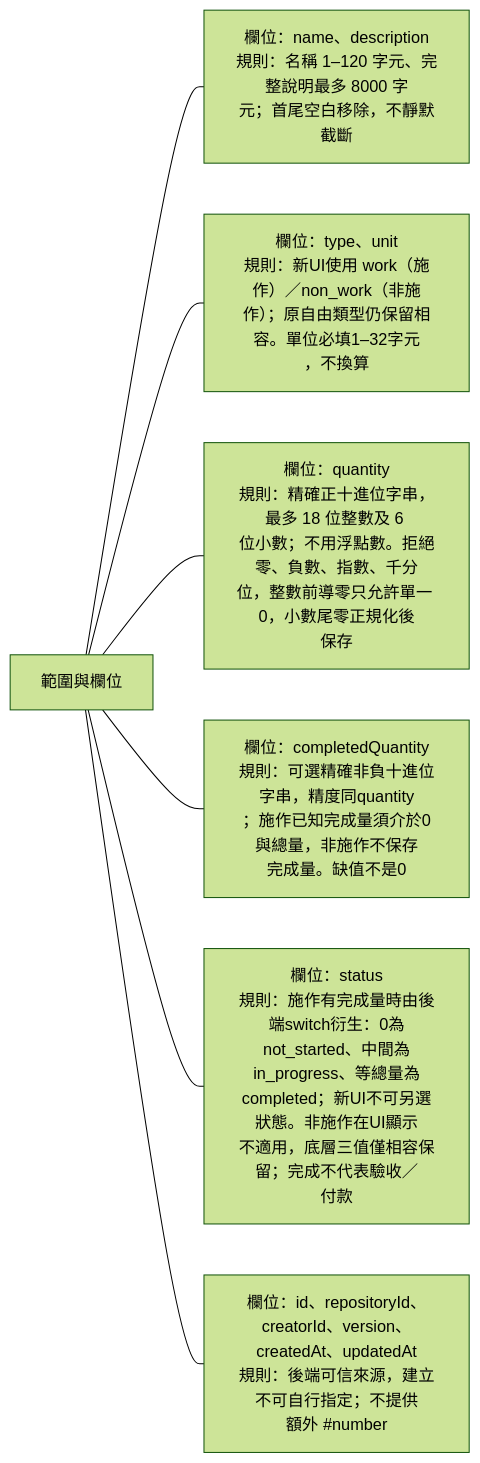
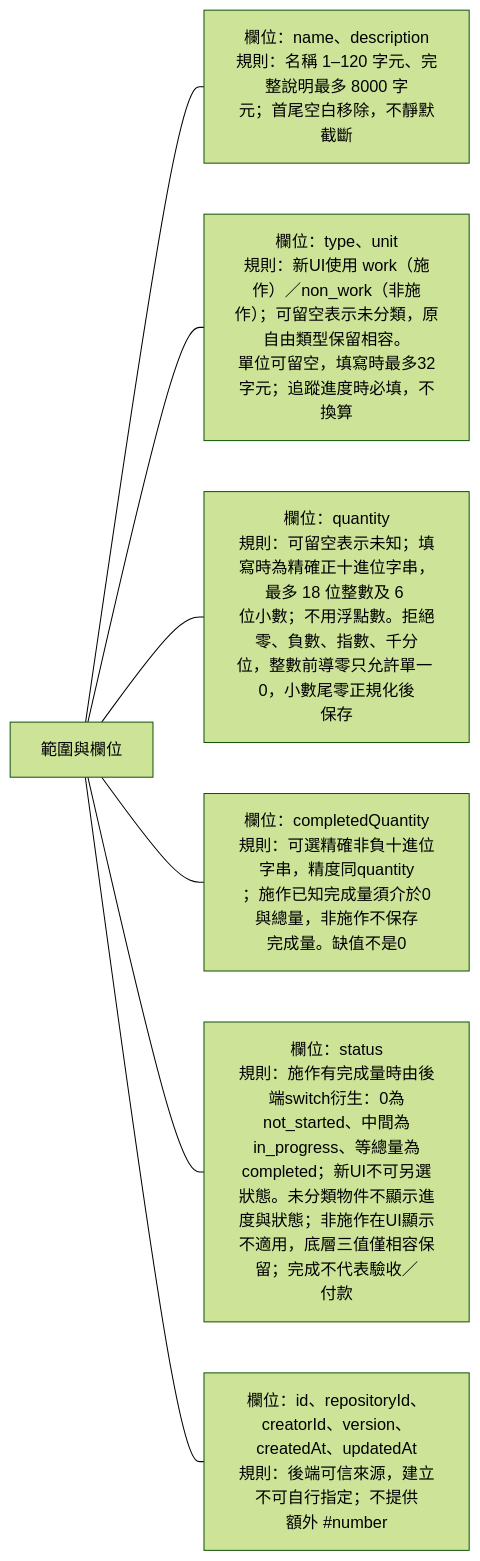
One commit to 963sup/line-mini-app-bot changed the third of 8 diagrams in docs/domains/object/design.md. Above: the diagram before and after it, drawn with Mermaid (forest theme). The commit also changed other lines of this file and 63 other files, not shown here.

````diff
--- a/docs/domains/object/design.md
+++ b/docs/domains/object/design.md
@@ -19,10 +19,10 @@
 ```mermaid
 flowchart LR
   h["範圍與欄位"]
   h --- n0["欄位：name、description<br/>規則：名稱 1–120 字元、完整說明最多 8000 字<br/>元；首尾空白移除，不靜默截斷"]
-  h --- n1["欄位：type、unit<br/>規則：新UI使用 work（施作）／non_work（非施<br/>作）；原自由類型仍保留相容。單位必填1–32字元<br/>，不換算"]
-  h --- n2["欄位：quantity<br/>規則：精確正十進位字串，最多 18 位整數及 6 <br/>位小數；不用浮點數。拒絕零、負數、指數、千分<br/>位，整數前導零只允許單一 0，小數尾零正規化後<br/>保存"]
+  h --- n1["欄位：type、unit<br/>規則：新UI使用 work（施作）／non_work（非施<br/>作）；可留空表示未分類，原自由類型保留相容。<br/>單位可留空，填寫時最多32字元；追蹤進度時必填，不換算"]
+  h --- n2["欄位：quantity<br/>規則：可留空表示未知；填寫時為精確正十進位字串，最多 18 位整數及 6 <br/>位小數；不用浮點數。拒絕零、負數、指數、千分<br/>位，整數前導零只允許單一 0，小數尾零正規化後<br/>保存"]
   h --- n3["欄位：completedQuantity<br/>規則：可選精確非負十進位字串，精度同quantity<br/>；施作已知完成量須介於0與總量，非施作不保存<br/>完成量。缺值不是0"]
-  h --- n4["欄位：status<br/>規則：施作有完成量時由後端switch衍生：0為<br/>not_started、中間為in_progress、等總量為<br/>completed；新UI不可另選狀態。非施作在UI顯示<br/>不適用，底層三值僅相容保留；完成不代表驗收／<br/>付款"]
+  h --- n4["欄位：status<br/>規則：施作有完成量時由後端switch衍生：0為<br/>not_started、中間為in_progress、等總量為<br/>completed；新UI不可另選狀態。未分類物件不顯示進度與狀態；非施作在UI顯示<br/>不適用，底層三值僅相容保留；完成不代表驗收／<br/>付款"]
   h --- n6["欄位：id、repositoryId、creatorId、version、<br/>createdAt、updatedAt<br/>規則：後端可信來源，建立不可自行指定；不提供<br/>額外 #number"]
 ```
````
